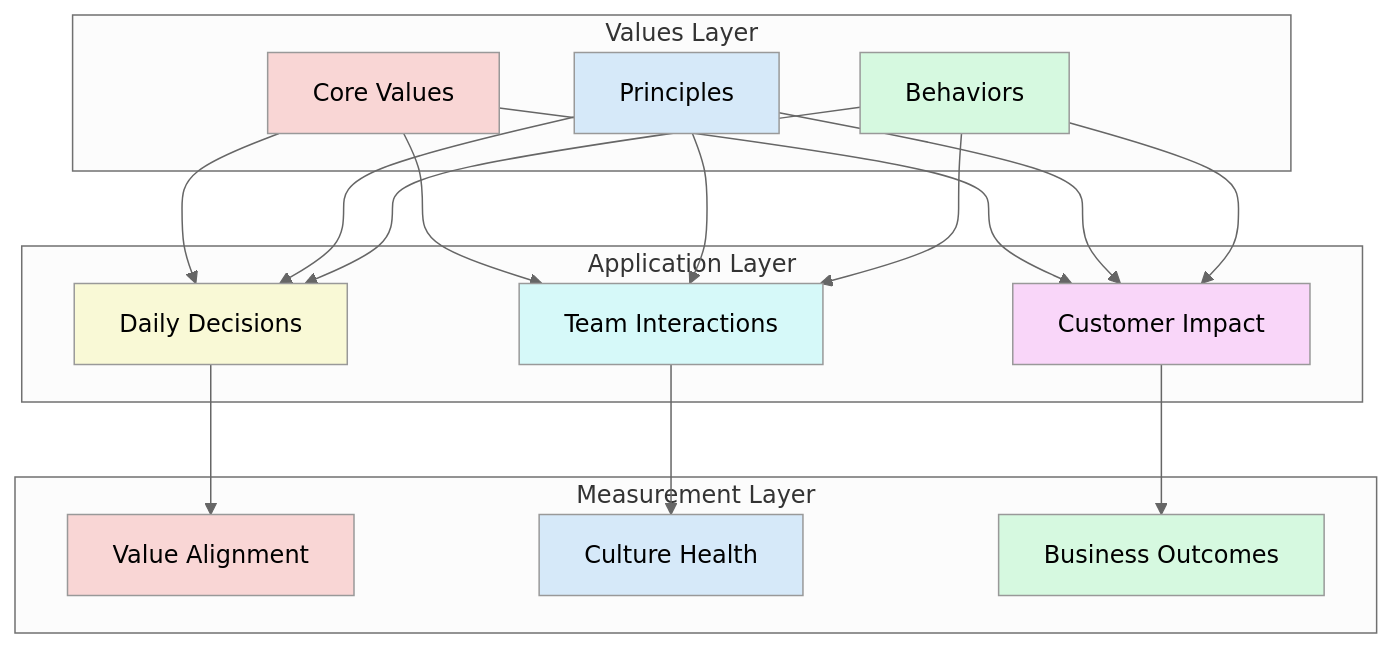
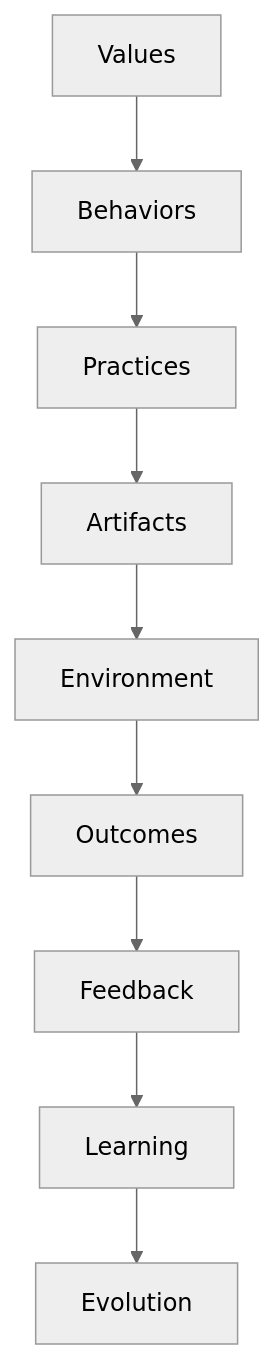
Before and after one commit to carlsendk/tech-leadership: the diagram in src/content/wiki/culture/values.md, drawn with Mermaid (neutral theme). The commit also changed 16 other files, not shown here.

````diff
--- a/src/content/wiki/culture/values.md
+++ b/src/content/wiki/culture/values.md
@@ -17,38 +17,11 @@
 ```mermaid
 graph TD
-    subgraph "Values Layer"
-        A[Core Values]
-        B[Principles]
-        C[Behaviors]
-    end
-    
-    subgraph "Application Layer"
-        D[Daily Decisions]
-        E[Team Interactions]
-        F[Customer Impact]
-    end
-    
-    subgraph "Measurement Layer"
-        G[Value Alignment]
-        H[Culture Health]
-        I[Business Outcomes]
-    end
-    
-    A --> D & E & F
-    B --> D & E & F
-    C --> D & E & F
-    
-    D --> G
-    E --> H
-    F --> I
-    
-    style A fill:#f9d6d5
-    style B fill:#d6e9f9
-    style C fill:#d6f9e0
-    style D fill:#f9f9d6
-    style E fill:#d6f9f9
-    style F fill:#f9d6f9
-    style G fill:#f9d6d5
-    style H fill:#d6e9f9
-    style I fill:#d6f9e0
+    A[Values] --> B[Behaviors]
+    B --> C[Practices]
+    C --> D[Artifacts]
+    D --> E[Environment]
+    E --> F[Outcomes]
+    F --> G[Feedback]
+    G --> H[Learning]
+    H --> I[Evolution]
 ```
````
